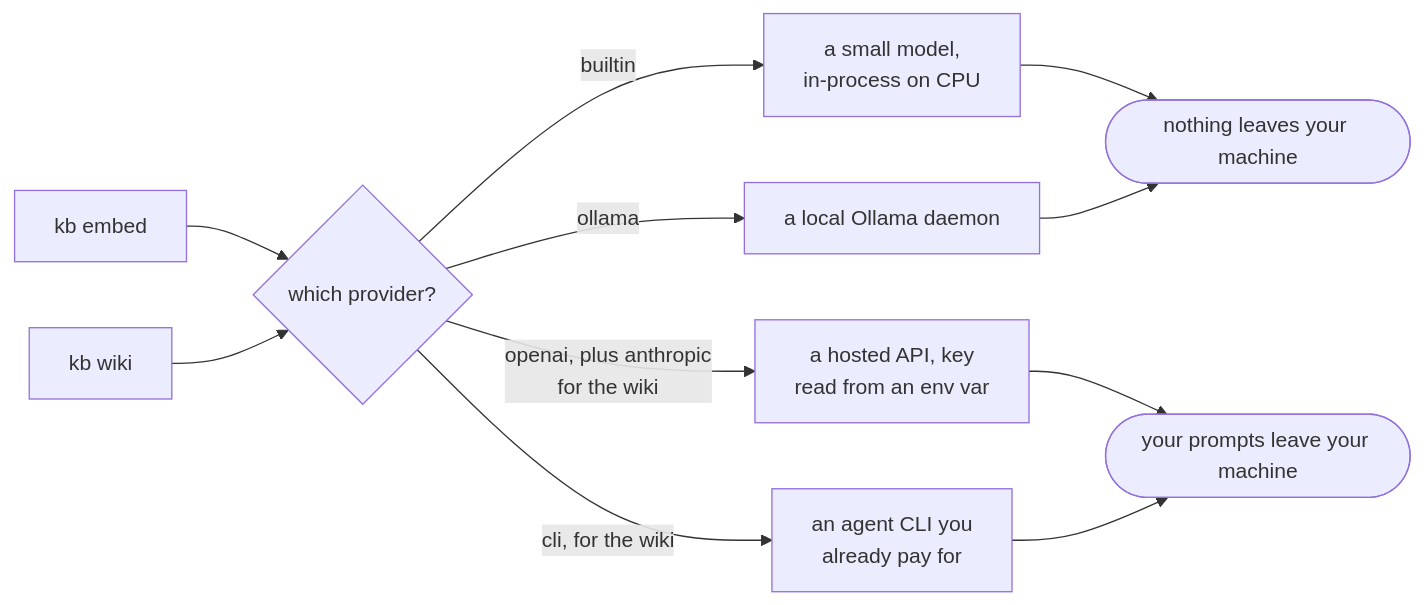
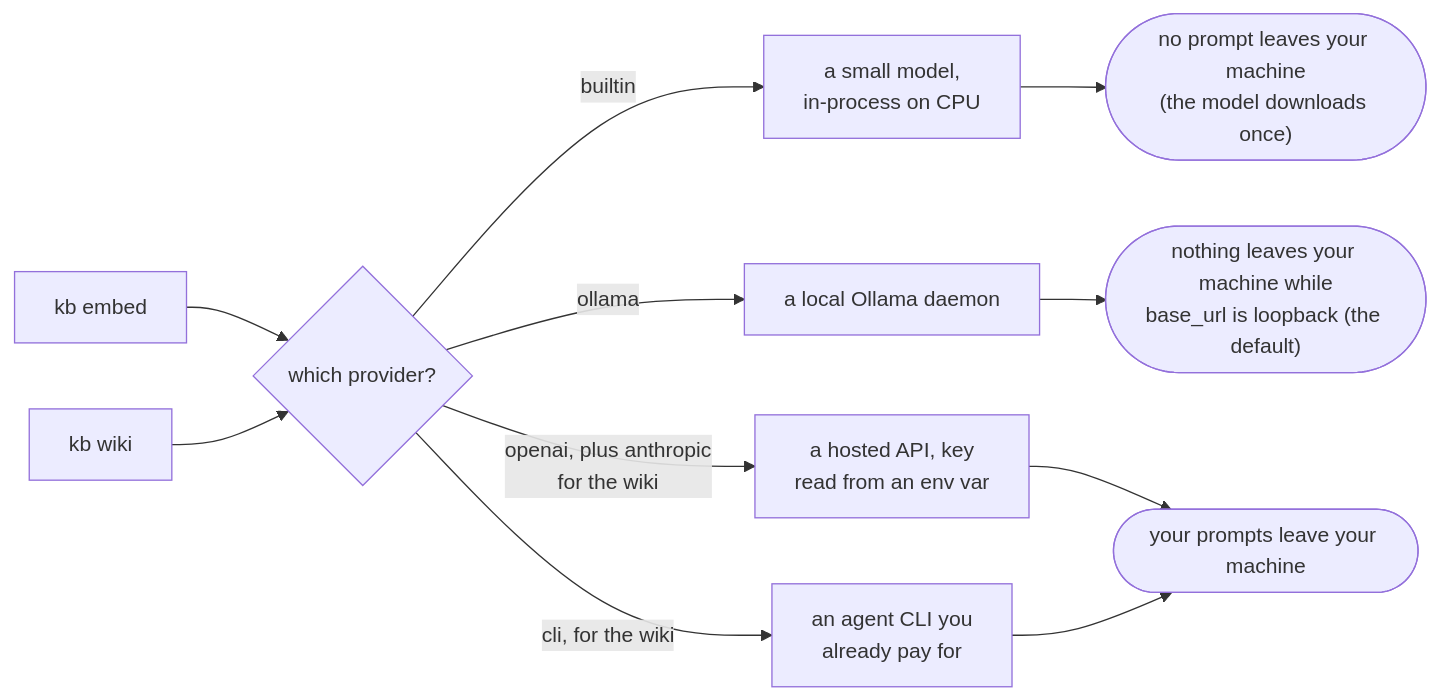
The diagram in docs/model-providers.md (sayak-sarkar/contextlake), drawn with Mermaid before and after one commit. The commit also changed 11 other files, not shown here.

First line of the commit message:
docs(site): correct 22 claims and diagrams on 12 docs pages

````diff
--- a/docs/model-providers.md
+++ b/docs/model-providers.md
@@ -12,13 +12,13 @@
 ```mermaid
 flowchart LR
   E["kb embed"] --> P{"which provider?"}
   W["kb wiki"] --> P
   P -->|"builtin"| BI["a small model,<br/>in-process on CPU"]
   P -->|"ollama"| OL["a local Ollama daemon"]
   P -->|"openai, plus anthropic<br/>for the wiki"| API["a hosted API, key<br/>read from an env var"]
   P -->|"cli, for the wiki"| C["an agent CLI you<br/>already pay for"]
-  BI --> IN(["nothing leaves your machine"])
-  OL --> IN
+  BI --> BIN(["no prompt leaves your machine<br/>(the model downloads once)"])
+  OL --> IN(["nothing leaves your machine while<br/>base_url is loopback (the default)"])
   API --> OUT(["your prompts leave your machine"])
   C --> OUT
 ```
````
